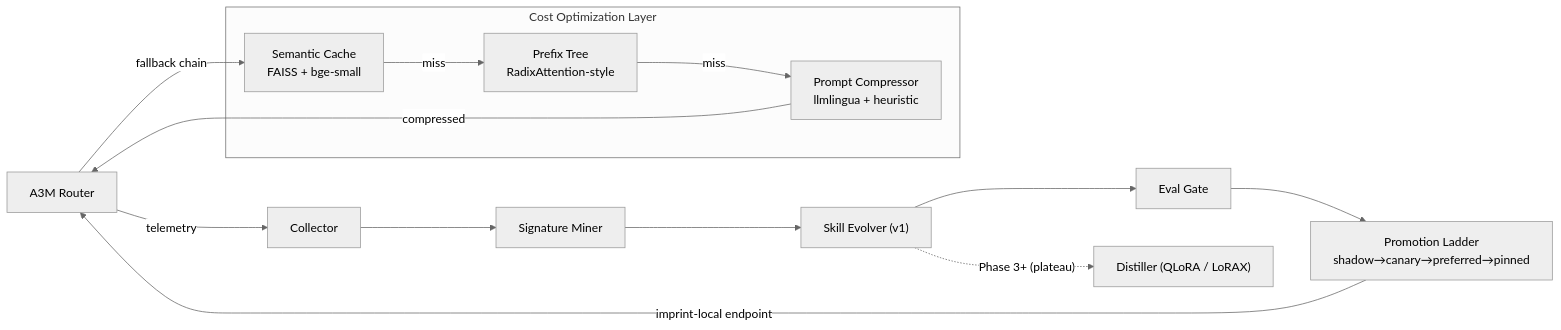
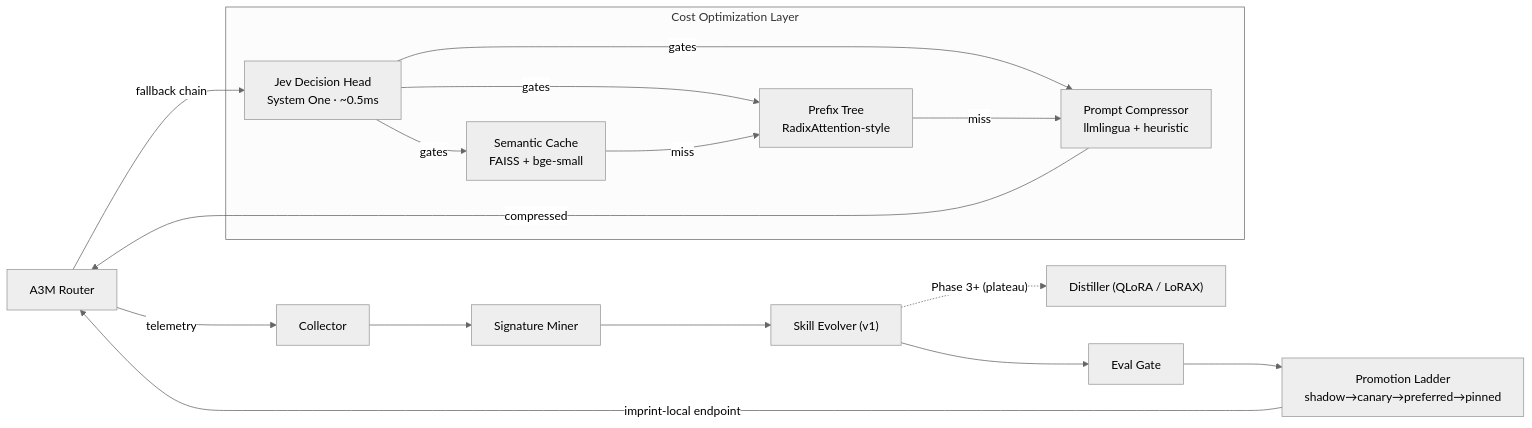
Before and after one commit to Das-rebel/imprint: the diagram in README.md, drawn with Mermaid (neutral theme). The commit also changed other lines of this file, not shown here.

First line of the commit message:
docs: README v0.5 — Jev System One decision head

````diff
--- a/README.md
+++ b/README.md
@@ -19,21 +20,26 @@
 ```mermaid
 flowchart LR
     A3M["A3M Router"] -->|telemetry| C["Collector"]
     C --> M["Signature Miner"]
     M --> E["Skill Evolver (v1)"]
     E --> G["Eval Gate"]
     G --> L["Promotion Ladder<br/>shadow→canary→preferred→pinned"]
     L -->|imprint-local endpoint| A3M
     E -.->|"Phase 3+ (plateau)"| D["Distiller (QLoRA / LoRAX)"]
     
-    subgraph v0.4 ["Cost Optimization Layer"]
+    subgraph v0.5 ["Cost Optimization Layer"]
+        J["Jev Decision Head<br/>System One · ~0.5ms"]
         SC["Semantic Cache<br/>FAISS + bge-small"]
         PT["Prefix Tree<br/>RadixAttention-style"]
         CP["Prompt Compressor<br/>llmlingua + heuristic"]
+        
+        J -->|gates| SC
+        J -->|gates| PT
+        J -->|gates| CP
     end
     
-    A3M -->|fallback chain| SC
+    A3M -->|fallback chain| J
     SC -->|miss| PT
     PT -->|miss| CP
     CP -->|compressed| A3M
 ```
````
